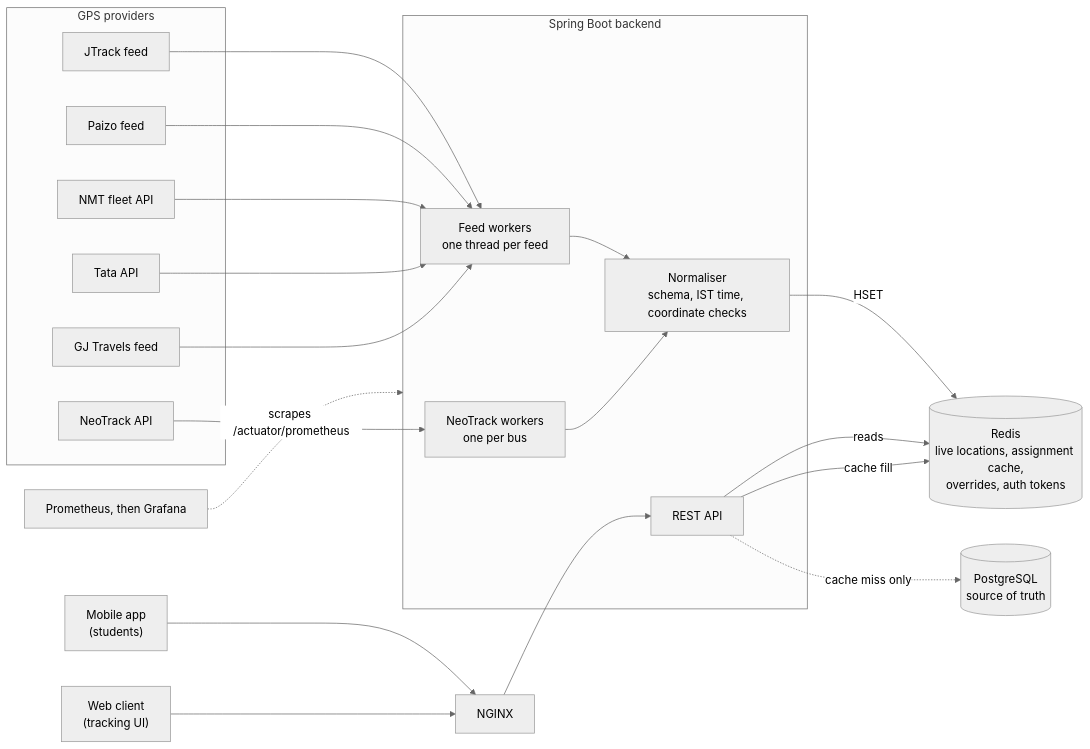
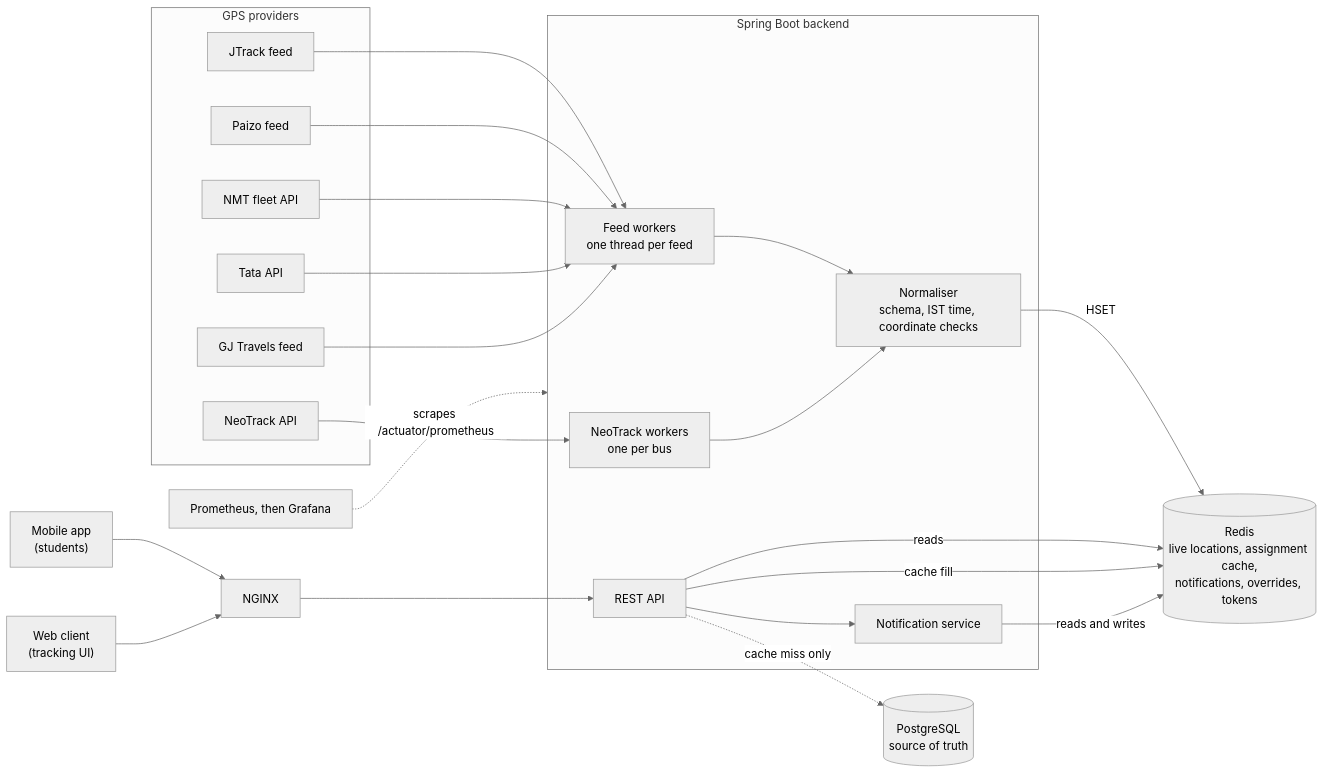
Before and after one commit to AvGeeky/SSN_SNUC_Bus_Assignment_Tracking_BackEnd: the first of 5 diagrams in README.md, drawn with Mermaid (neutral theme). The commit also changed other lines of this file, not shown here.

````diff
--- a/README.md
+++ b/README.md
@@ -24,44 +25,47 @@
 ```mermaid
 flowchart LR
     subgraph Providers["GPS providers"]
         P1["JTrack feed"]
         P2["Paizo feed"]
         P3["NMT fleet API"]
         P4["Tata API"]
         P5["GJ Travels feed"]
         P6["NeoTrack API"]
     end
 
     subgraph Backend["Spring Boot backend"]
         F["Feed workers<br/>one thread per feed"]
         NT["NeoTrack workers<br/>one per bus"]
         N["Normaliser<br/>schema, IST time, coordinate checks"]
         API["REST API"]
+        NS["Notification service"]
     end
 
-    R[("Redis<br/>live locations, assignment cache,<br/>overrides, auth tokens")]
+    R[("Redis<br/>live locations, assignment cache,<br/>notifications, overrides, tokens")]
     DB[("PostgreSQL<br/>source of truth")]
     NGX["NGINX"]
     MOB["Mobile app<br/>(students)"]
     WEB["Web client<br/>(tracking UI)"]
     OBS["Prometheus, then Grafana"]
 
     P1 --> F
     P2 --> F
     P3 --> F
     P4 --> F
     P5 --> F
     P6 --> NT
     F --> N
     NT --> N
     N -->|"HSET"| R
 
     MOB --> NGX
     WEB --> NGX
     NGX --> API
     API -->|"reads"| R
     API -.->|"cache miss only"| DB
     API -->|"cache fill"| R
+    API --> NS
+    NS -->|"reads and writes"| R
 
     OBS -. "scrapes /actuator/prometheus" .-> Backend
 ```
````
